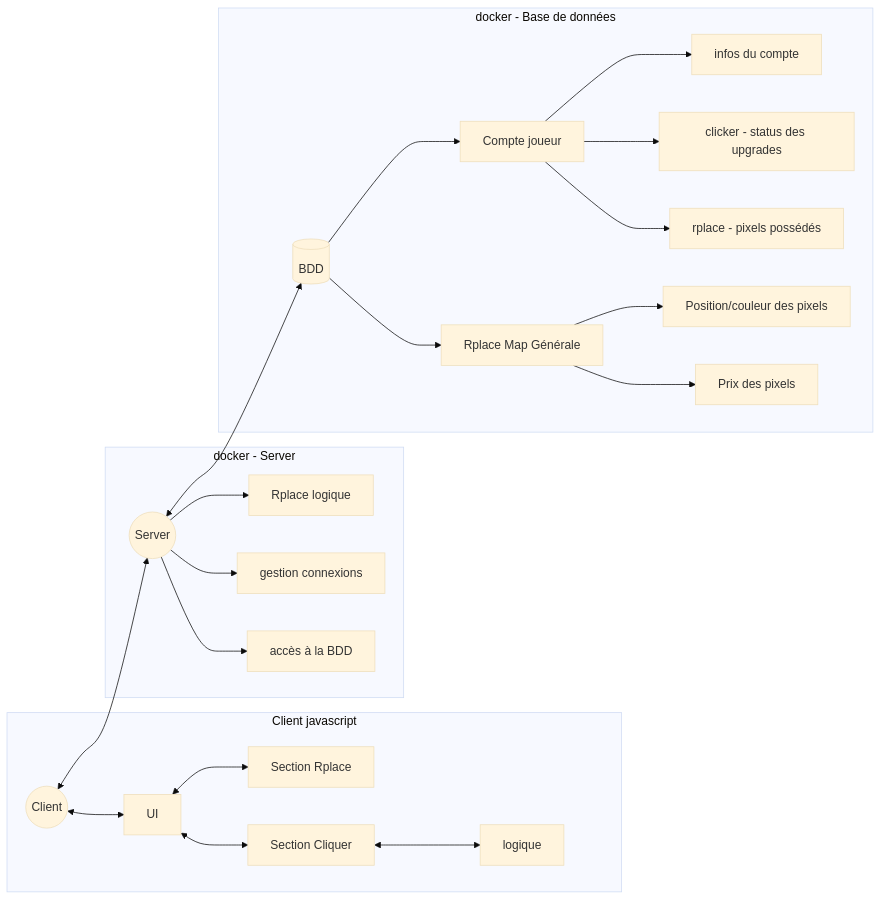
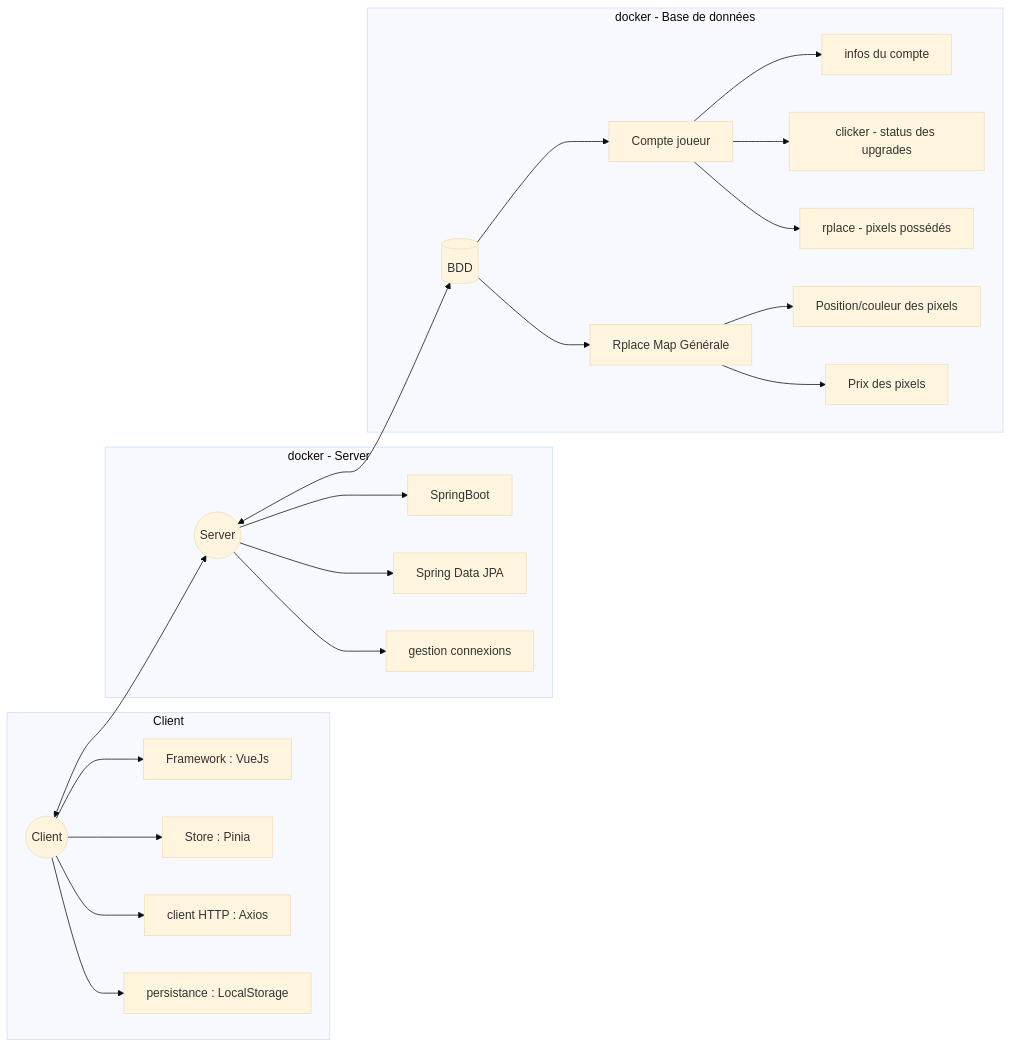
Before and after one commit to babycrashdev/m1_dwa: the diagram in README.md, drawn with Mermaid (base theme). The commit also changed 1 other file, not shown here.

````diff
--- a/README.md
+++ b/README.md
@@ -10,31 +10,31 @@
 ```mermaid
 graph LR
 
 C((Client)) <--> S((Server))
 S <--> B[(BDD)]
 
-subgraph Client javascript
-C <--> U[UI]
-U <--> U1[Section Rplace]
-U <--> U2[Section Cliquer]
-U2 <--> F[logique]
+subgraph Client
+C --> C1[Framework : VueJs]
+C --> C2[Store : Pinia]
+C --> C3[client HTTP : Axios]
+C --> C4[persistance : LocalStorage]
 end
 
 subgraph docker - Server
-S --> S1[Rplace logique]
+S --> S1[SpringBoot]
+S --> S4[Spring Data JPA]
 S --> S2[gestion connexions]
-S --> S3[accès à la BDD]
 end
 subgraph docker - Base de données
 B --> P[Compte joueur]
 P --> P1[infos du compte]
 P --> P2[clicker - status des upgrades ]
 P --> P3[rplace - pixels possédés]
 B --> M[Rplace Map Générale]
 M --> M1[Position/couleur des pixels]
 M --> M2[Prix des pixels]
 end
 
 
 
 ```
````
